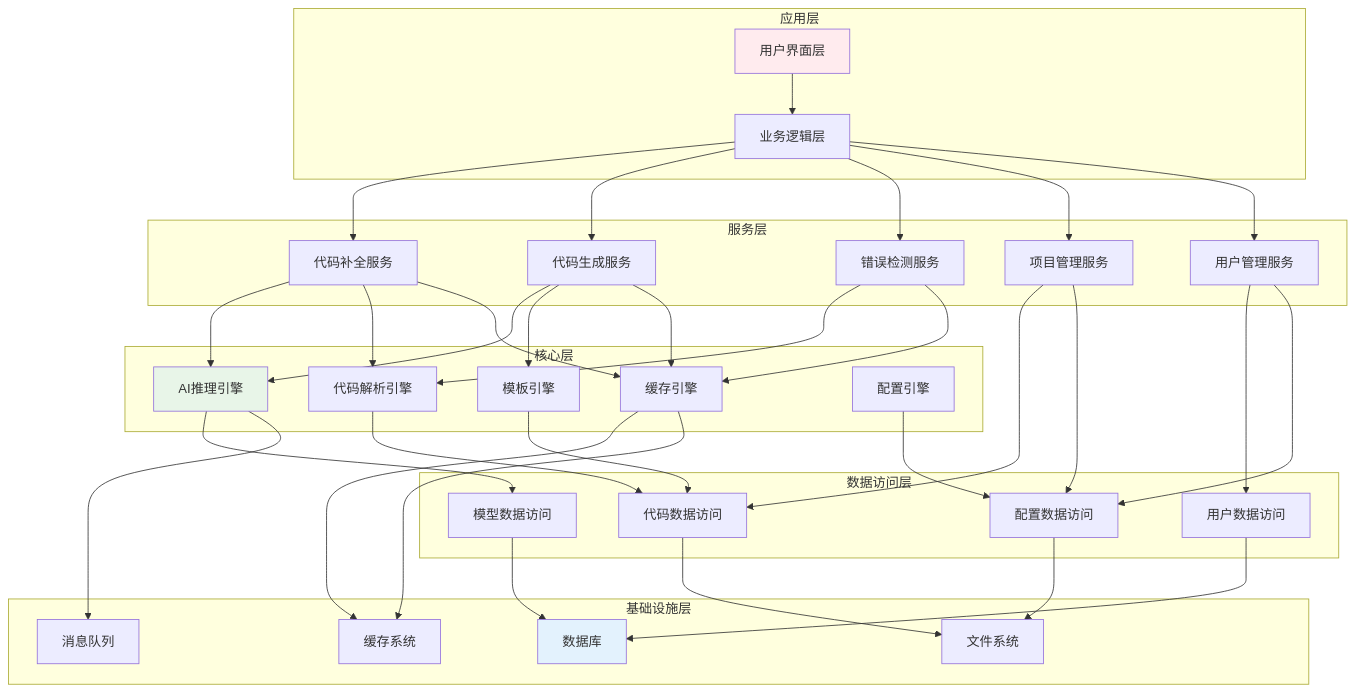
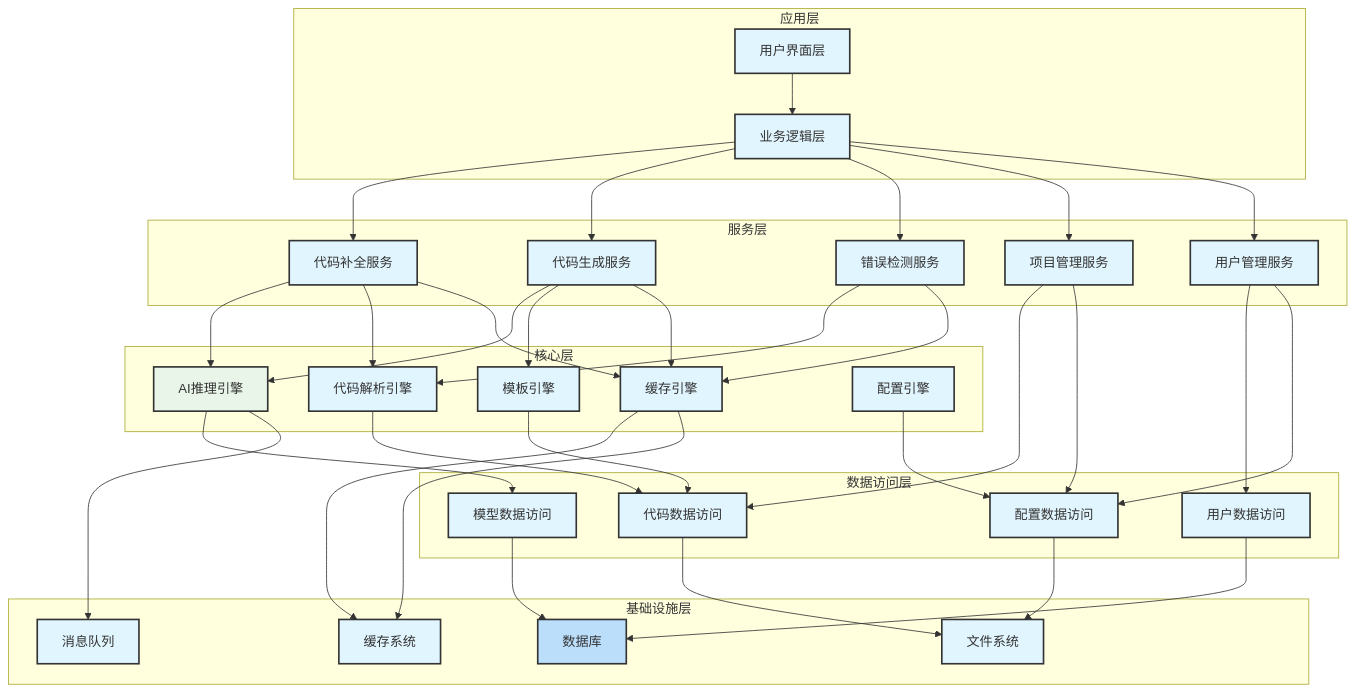
Before and after one commit to Coldplay-now/ai-ide-guide-core: the fourth of 9 diagrams in docs/assets/diagrams/system-architecture-diagrams.md, drawn with Mermaid. The commit also changed other lines of this file and 148 other files, not shown here.

````diff
--- a/docs/assets/diagrams/system-architecture-diagrams.md
+++ b/docs/assets/diagrams/system-architecture-diagrams.md
@@ -173,75 +165,70 @@
 ```mermaid
 graph TB
     subgraph "应用层"
         A[用户界面层]
         B[业务逻辑层]
     end
-    
     subgraph "服务层"
         C[代码补全服务]
         D[代码生成服务]
         E[错误检测服务]
         F[项目管理服务]
         G[用户管理服务]
     end
-    
     subgraph "核心层"
         H[AI推理引擎]
         I[代码解析引擎]
         J[模板引擎]
         K[缓存引擎]
         L[配置引擎]
     end
-    
     subgraph "数据访问层"
         M[模型数据访问]
         N[用户数据访问]
         O[代码数据访问]
         P[配置数据访问]
     end
-    
     subgraph "基础设施层"
         Q[数据库]
         R[文件系统]
         S[缓存系统]
         T[消息队列]
     end
-    
     A --> B
     B --> C
     B --> D
     B --> E
     B --> F
     B --> G
-    
     C --> H
     C --> I
     C --> K
     D --> H
     D --> J
     D --> K
     E --> I
     E --> K
     F --> O
     F --> P
     G --> N
     G --> P
-    
     H --> M
     I --> O
     J --> O
     K --> S
     L --> P
-    
     M --> Q
     N --> Q
     O --> R
     P --> R
     K --> S
     H --> T
-    
-    style A fill:#ffebee
+    style A fill:#e1f5fe
     style H fill:#e8f5e8
-    style Q fill:#e3f2fd
-
+    style Q fill:#bbdefb
+%% Standard styling
+classDef default fill:#e1f5fe,stroke:#333,stroke-width:2px
+classDef highlight fill:#bbdefb,stroke:#333,stroke-width:3px
+classDef process fill:#90caf9,stroke:#333,stroke-width:2px
+classDef decision fill:#64b5f6,stroke:#333,stroke-width:2px
 ```
````
